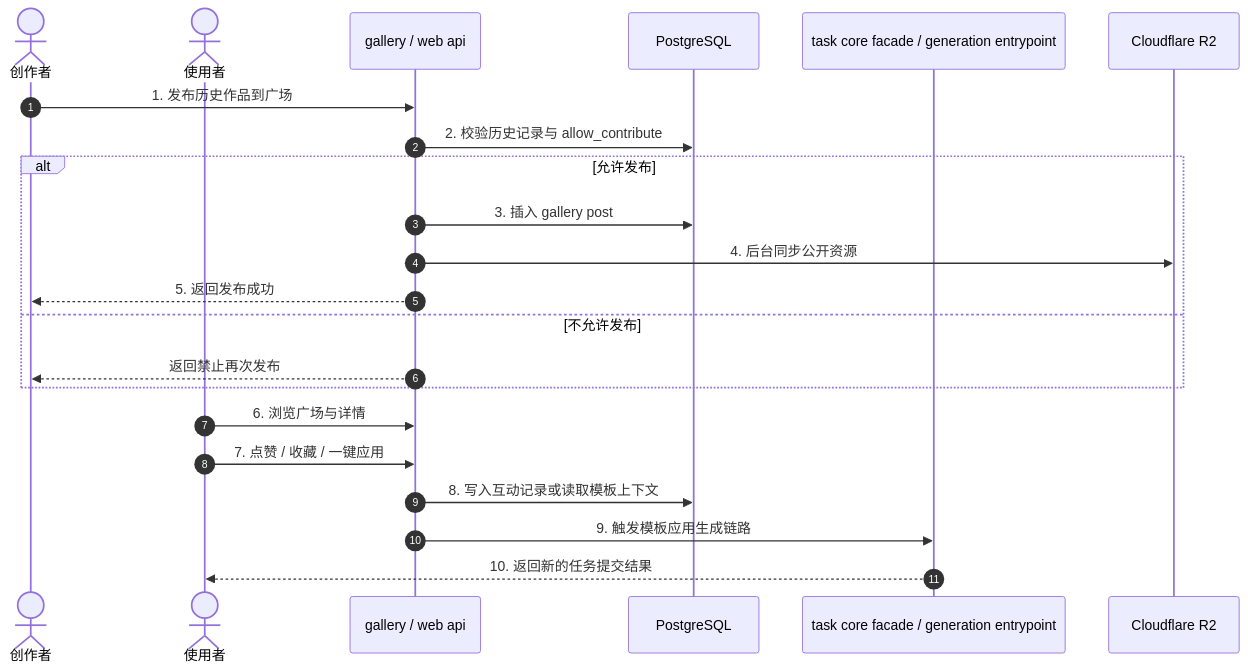
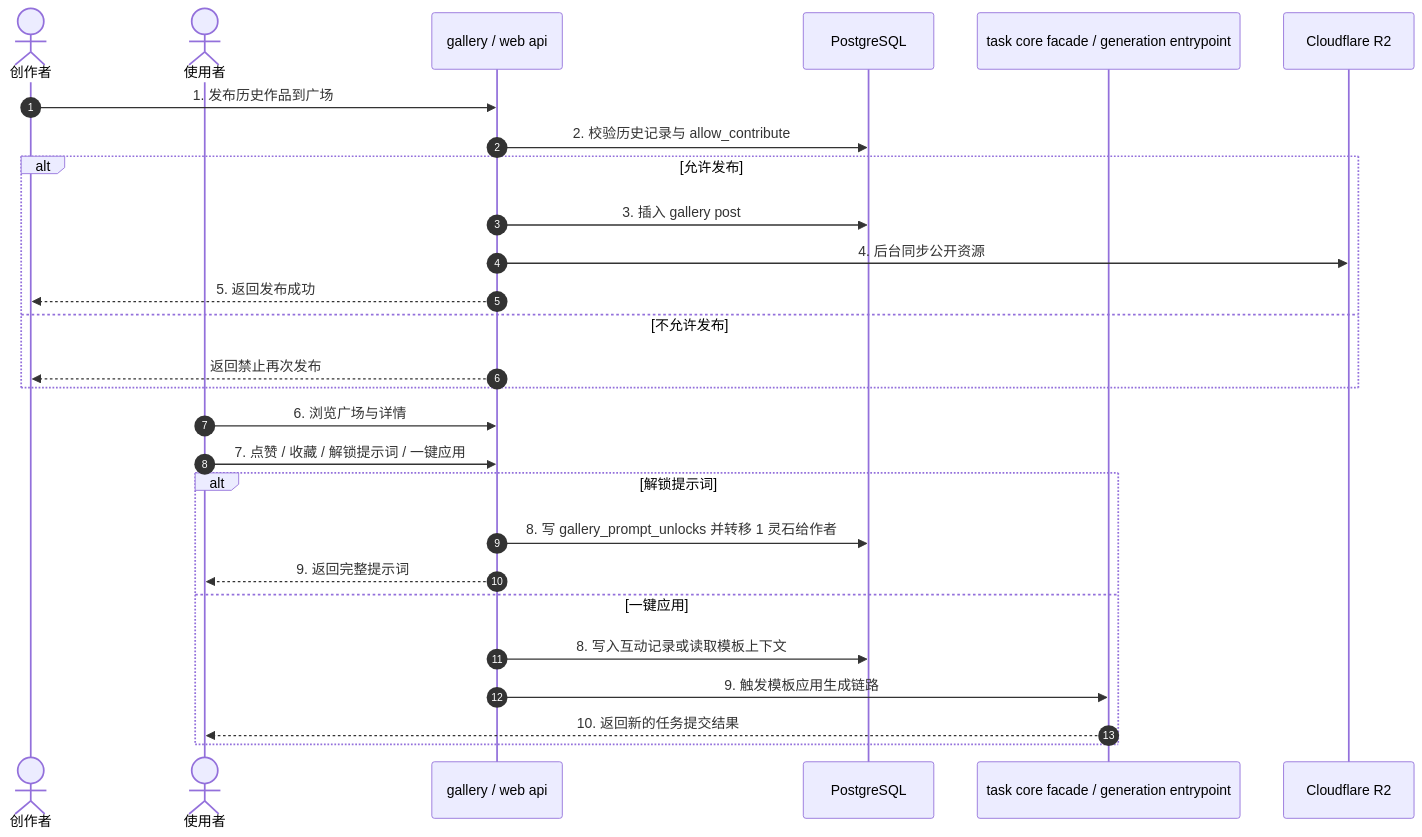
The diagram in docs/business/03_BIZ_社区广场与社交互动板块.md (giraffu/All_bot), drawn with Mermaid before and after one commit. The commit also changed other lines of this file and 29 other files, not shown here.

````diff
--- a/docs/business/03_BIZ_社区广场与社交互动板块.md
+++ b/docs/business/03_BIZ_社区广场与社交互动板块.md
@@ -19,26 +20,31 @@
 ```mermaid
 sequenceDiagram
     autonumber
     actor A as 创作者
     actor B as 使用者
     participant Web as gallery / web api
     participant DB as PostgreSQL
     participant Task as task core facade / generation entrypoint
     participant R2 as Cloudflare R2
 
     A->>Web: 1. 发布历史作品到广场
     Web->>DB: 2. 校验历史记录与 allow_contribute
     alt 允许发布
         Web->>DB: 3. 插入 gallery post
         Web->>R2: 4. 后台同步公开资源
         Web-->>A: 5. 返回发布成功
     else 不允许发布
         Web-->>A: 返回禁止再次发布
     end
 
     B->>Web: 6. 浏览广场与详情
-    B->>Web: 7. 点赞 / 收藏 / 一键应用
-    Web->>DB: 8. 写入互动记录或读取模板上下文
-    Web->>Task: 9. 触发模板应用生成链路
-    Task-->>B: 10. 返回新的任务提交结果
+    B->>Web: 7. 点赞 / 收藏 / 解锁提示词 / 一键应用
+    alt 解锁提示词
+        Web->>DB: 8. 写 gallery_prompt_unlocks 并转移 1 灵石给作者
+        Web-->>B: 9. 返回完整提示词
+    else 一键应用
+        Web->>DB: 8. 写入互动记录或读取模板上下文
+        Web->>Task: 9. 触发模板应用生成链路
+        Task-->>B: 10. 返回新的任务提交结果
+    end
 ```
````
